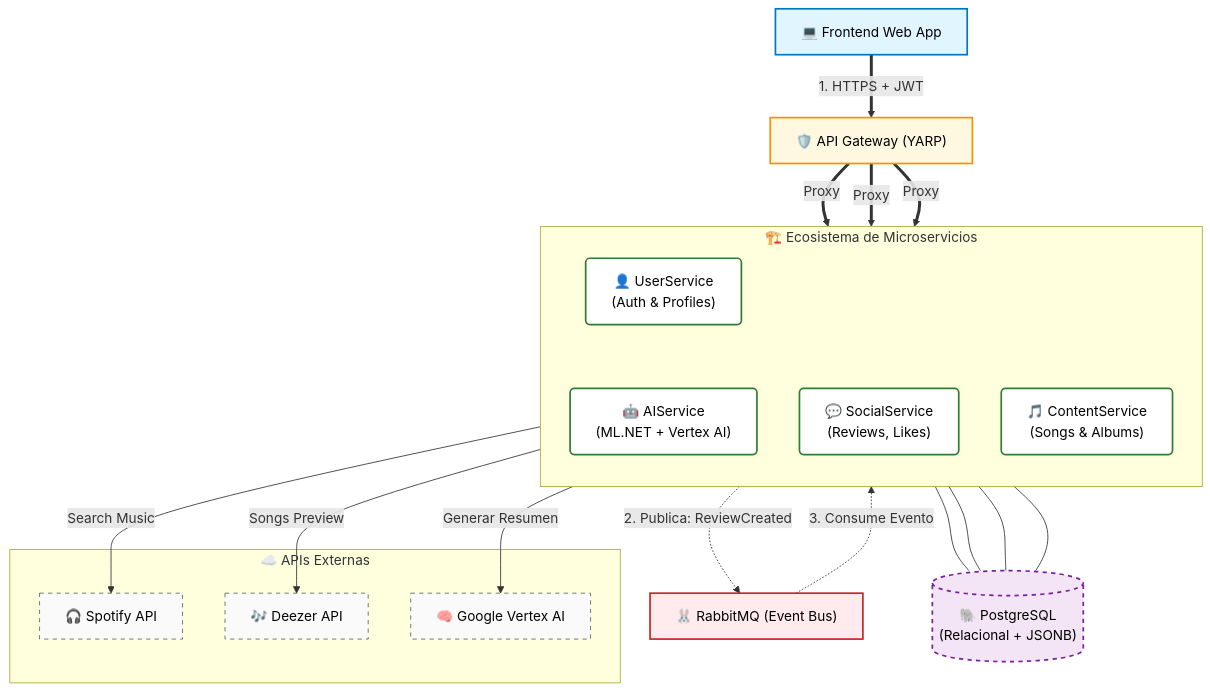
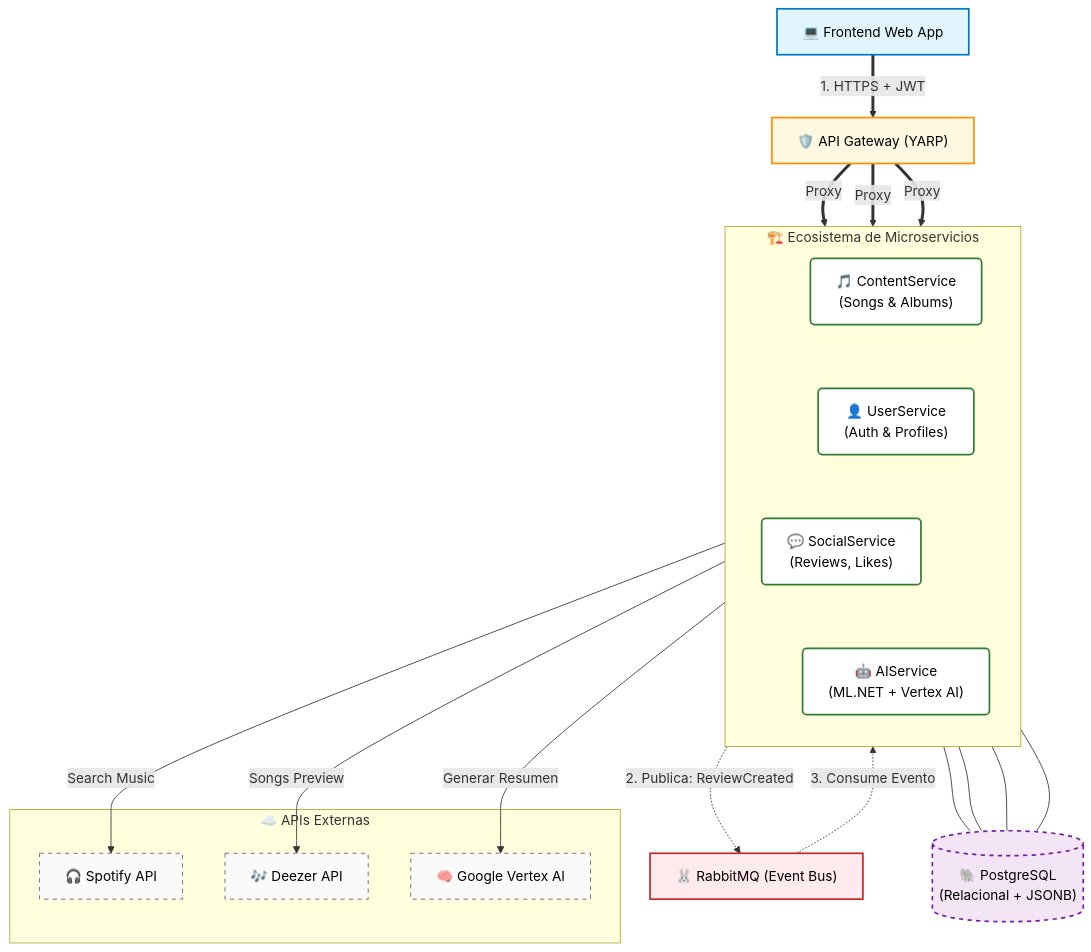
One commit to SoundList/.github changed the diagram in profile/README.md. Above: the diagram before and after it, drawn with Mermaid.

Commit message:
Update README.md with service connections

````diff
--- a/profile/README.md
+++ b/profile/README.md
@@ -5,60 +5,61 @@
 ```mermaid
 graph TD
     %% --- ESTILOS DE ALTO CONTRASTE ---
     %% Usamos fondos claros con bordes fuertes y TEXTO NEGRO para máxima legibilidad
     classDef frontend fill:#E1F5FE,stroke:#0277BD,stroke-width:2px,color:#000000;
     classDef gateway fill:#FFF8E1,stroke:#FF8F00,stroke-width:2px,color:#000000;
     classDef service fill:#FFFFFF,stroke:#2E7D32,stroke-width:2px,color:#000000,rx:5,ry:5;
     classDef db fill:#F3E5F5,stroke:#7B1FA2,stroke-width:2px,stroke-dasharray: 5 5,color:#000000;
     classDef queue fill:#FFEBEE,stroke:#C62828,stroke-width:2px,color:#000000;
     classDef external fill:#FAFAFA,stroke:#616161,stroke-width:1px,stroke-dasharray: 5 5,color:#000000;
 
     %% --- NODOS PRINCIPALES ---
     Client["💻 Frontend Web App"]:::frontend
     YARP["🛡️ API Gateway (YARP)"]:::gateway
     Rabbit["🐰 RabbitMQ (Event Bus)"]:::queue
     DB[("🐘 PostgreSQL\n(Relacional + JSONB)")]:::db
 
     %% --- CONTEXTO DE MICROSERVICIOS ---
     subgraph Services ["🏗️ Ecosistema de Microservicios"]
         direction TB
         %% Definimos los nodos con texto negro explícito
         UserS["👤 UserService\n(Auth & Profiles)"]:::service
         SocialS["💬 SocialService\n(Reviews, Likes)"]:::service
         ContentS["🎵 ContentService\n(Songs & Albums)"]:::service
         AIS["🤖 AIService\n(ML.NET + Vertex AI)"]:::service
+        ContentS ~~~ UserS ~~~ SocialS ~~~ AIS
     end
 
     %% --- CONTEXTO DE NUBE ---
     subgraph Cloud ["☁️ APIs Externas"]
         Spotify["🎧 Spotify API"]:::external
         Deezer["🎶 Deezer API"]:::external
         Vertex["🧠 Google Vertex AI"]:::external
     end
 
     %% --- CONEXIONES (FLUJO) ---
     
     %% 1. Entrada
     Client ==>|"1. HTTPS + JWT"| YARP
     YARP ==>|"Proxy"| UserS
     YARP ==>|"Proxy"| SocialS
     YARP ==>|"Proxy"| ContentS
 
     %% 2. Dependencias Externas
     ContentS -->|"Search Music"| Spotify
     ContentS -->|"Songs Preview"| Deezer
     AIS -->|"Generar Resumen"| Vertex
 
     %% 3. Comunicación Asíncrona (RabbitMQ)
     SocialS -.->|"2. Publica: ReviewCreated"| Rabbit
     Rabbit -.->|"3. Consume Evento"| AIS
 
     %% 4. Base de Datos (Conexiones más finas para no ensuciar)
     UserS --- DB
     SocialS --- DB
     ContentS --- DB
     AIS --- DB
 
     %% Truco visual para alinear (Links invisibles)
     UserS ~~~ AIS
 ```
````
